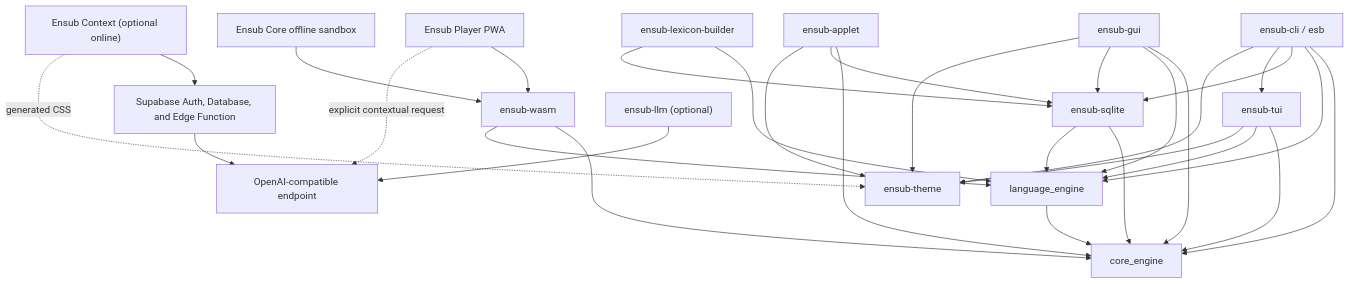
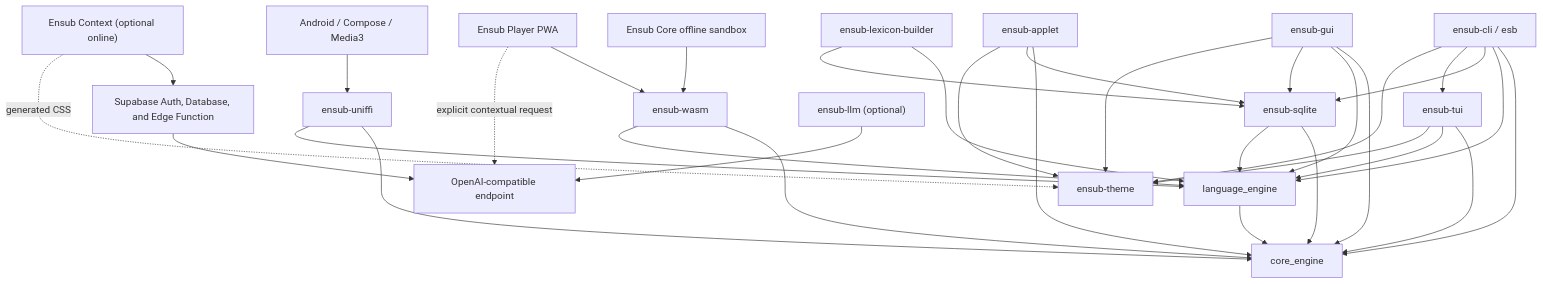
One commit to flasheddy/ensub changed the diagram in docs/architecture.md. Above: the diagram before and after it, drawn with Mermaid. The commit also changed other lines of this file and 36 other files, not shown here.

Commit message:
feat(android): scaffold UniFFI Media3 integration spike

````diff
--- a/docs/architecture.md
+++ b/docs/architecture.md
@@ -11,40 +11,44 @@
 ```mermaid
 flowchart TB
     cli["ensub-cli / esb"] --> core["core_engine"]
     cli --> language["language_engine"]
     cli --> sqlite["ensub-sqlite"]
     cli --> tui["ensub-tui"]
 
     tui --> core
     tui --> language
     tui --> theme["ensub-theme"]
 
     gui["ensub-gui"] --> core
     gui --> language
     gui --> sqlite
     gui --> theme
 
     applet["ensub-applet"] --> core
     applet --> sqlite
     applet --> theme
 
     cli --> theme
 
     sqlite --> core
     sqlite --> language
     language --> core
 
     sandbox["Ensub Core offline sandbox"] --> wasm["ensub-wasm"]
     player["Ensub Player PWA"] --> wasm
     player -. explicit contextual request .-> provider
     web["Ensub Context (optional online)"] --> supabase["Supabase Auth, Database, and Edge Function"]
     web -. generated CSS .-> theme
     supabase --> provider["OpenAI-compatible endpoint"]
     wasm --> core
     wasm --> language
 
+    android["Android / Compose / Media3"] --> uniffi["ensub-uniffi"]
+    uniffi --> core
+    uniffi --> language
+
     builder["ensub-lexicon-builder"] --> language
     builder --> sqlite
 
     llm["ensub-llm (optional)"] --> provider["OpenAI-compatible endpoint"]
 ```
````
